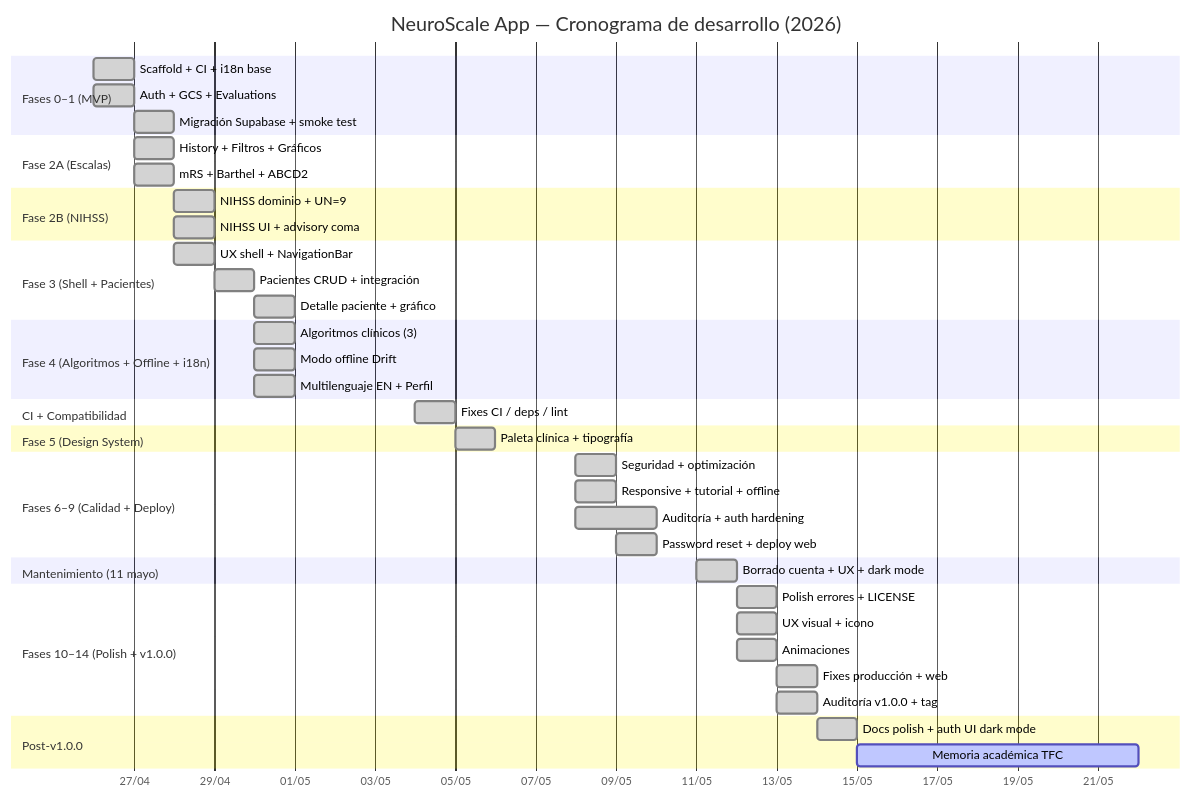
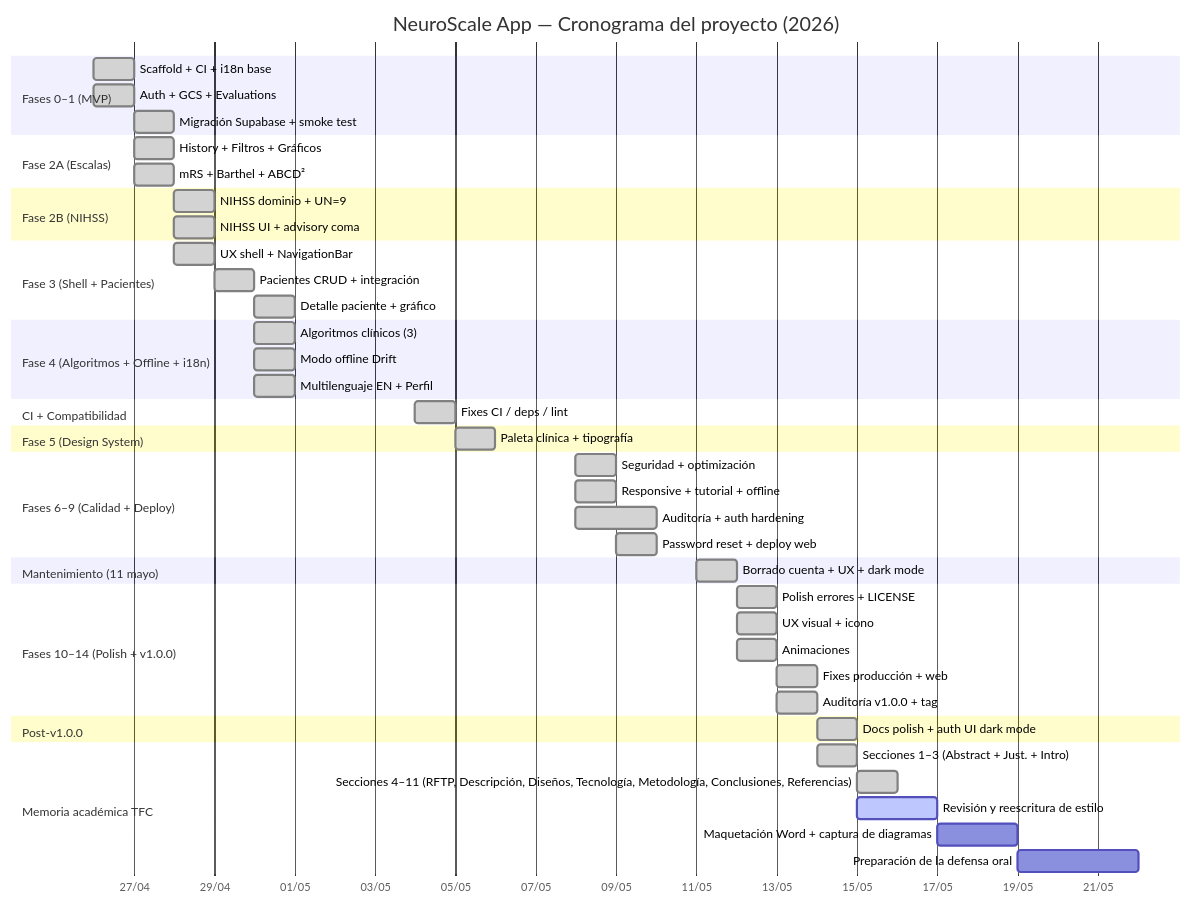
Before and after one commit to grisllo/NeuroScaleApp: the diagram in docs/tfc/08_metodologia.md, drawn with Mermaid. The commit also changed other lines of this file, not shown here.

First line of the commit message:
docs(tfc): completar tabla de estimaciones y actualizar Gantt del TFC

````diff
--- a/docs/tfc/08_metodologia.md
+++ b/docs/tfc/08_metodologia.md
@@ -90,55 +94,61 @@
 ```mermaid
 gantt
-    title NeuroScale App — Cronograma de desarrollo (2026)
+    title NeuroScale App — Cronograma del proyecto (2026)
     dateFormat  YYYY-MM-DD
     axisFormat  %d/%m
 
-    section Fases 0–1  (MVP)
+    section Fases 0–1 (MVP)
     Scaffold + CI + i18n base        :done, f0,  2026-04-26, 1d
     Auth + GCS + Evaluations         :done, f1a, 2026-04-26, 1d
     Migración Supabase + smoke test  :done, f1b, 2026-04-27, 1d
 
-    section Fase 2A  (Escalas)
+    section Fase 2A (Escalas)
     History + Filtros + Gráficos     :done, f2a, 2026-04-27, 1d
-    mRS + Barthel + ABCD2            :done, f2b, 2026-04-27, 1d
+    mRS + Barthel + ABCD²            :done, f2b, 2026-04-27, 1d
 
-    section Fase 2B  (NIHSS)
+    section Fase 2B (NIHSS)
     NIHSS dominio + UN=9             :done, f2c, 2026-04-28, 1d
     NIHSS UI + advisory coma         :done, f2d, 2026-04-28, 1d
 
-    section Fase 3  (Shell + Pacientes)
+    section Fase 3 (Shell + Pacientes)
     UX shell + NavigationBar         :done, f3a, 2026-04-28, 1d
     Pacientes CRUD + integración     :done, f3b, 2026-04-29, 1d
     Detalle paciente + gráfico       :done, f3c, 2026-04-30, 1d
 
-    section Fase 4  (Algoritmos + Offline + i18n)
+    section Fase 4 (Algoritmos + Offline + i18n)
     Algoritmos clínicos (3)          :done, f4a, 2026-04-30, 1d
     Modo offline Drift               :done, f4b, 2026-04-30, 1d
     Multilenguaje EN + Perfil        :done, f4c, 2026-04-30, 1d
 
     section CI + Compatibilidad
     Fixes CI / deps / lint           :done, fx1, 2026-05-04, 1d
 
-    section Fase 5  (Design System)
+    section Fase 5 (Design System)
     Paleta clínica + tipografía      :done, f5,  2026-05-05, 1d
 
-    section Fases 6–9  (Calidad + Deploy)
+    section Fases 6–9 (Calidad + Deploy)
     Seguridad + optimización         :done, f6,  2026-05-08, 1d
     Responsive + tutorial + offline  :done, f7,  2026-05-08, 1d
     Auditoría + auth hardening       :done, f8,  2026-05-08, 2d
     Password reset + deploy web      :done, f9,  2026-05-09, 1d
 
     section Mantenimiento (11 mayo)
     Borrado cuenta + UX + dark mode  :done, m1,  2026-05-11, 1d
 
-    section Fases 10–14  (Polish + v1.0.0)
+    section Fases 10–14 (Polish + v1.0.0)
     Polish errores + LICENSE         :done, f10, 2026-05-12, 1d
     UX visual + icono                :done, f11, 2026-05-12, 1d
     Animaciones                      :done, f12, 2026-05-12, 1d
     Fixes producción + web           :done, f13, 2026-05-13, 1d
     Auditoría v1.0.0 + tag           :done, f14, 2026-05-13, 1d
 
     section Post-v1.0.0
     Docs polish + auth UI dark mode  :done, pv,  2026-05-14, 1d
-    Memoria académica TFC            :active, tfc, 2026-05-15, 7d
+
+    section Memoria académica TFC
+    Secciones 1–3 (Abstract + Just. + Intro)  :done, tfc1, 2026-05-14, 1d
+    Secciones 4–11 (RFTP, Descripción, Diseños, Tecnología, Metodología, Conclusiones, Referencias) :done, tfc2, 2026-05-15, 1d
+    Revisión y reescritura de estilo          :active, tfc3, 2026-05-15, 2d
+    Maquetación Word + captura de diagramas   :tfc4, after tfc3, 2d
+    Preparación de la defensa oral            :tfc5, after tfc4, 3d
 ```
````
